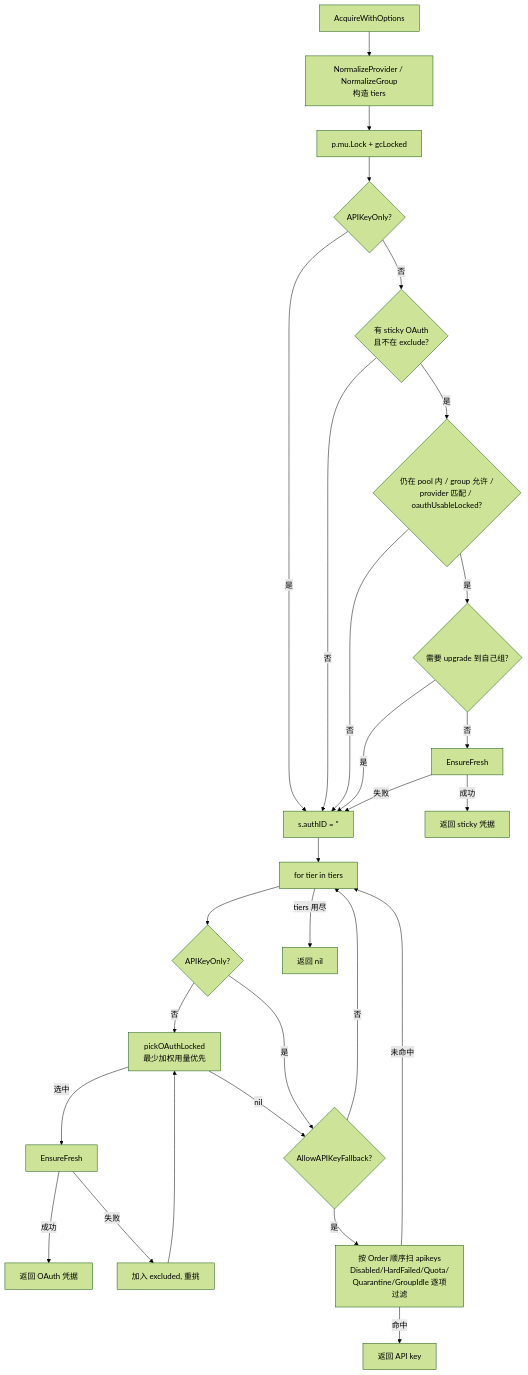
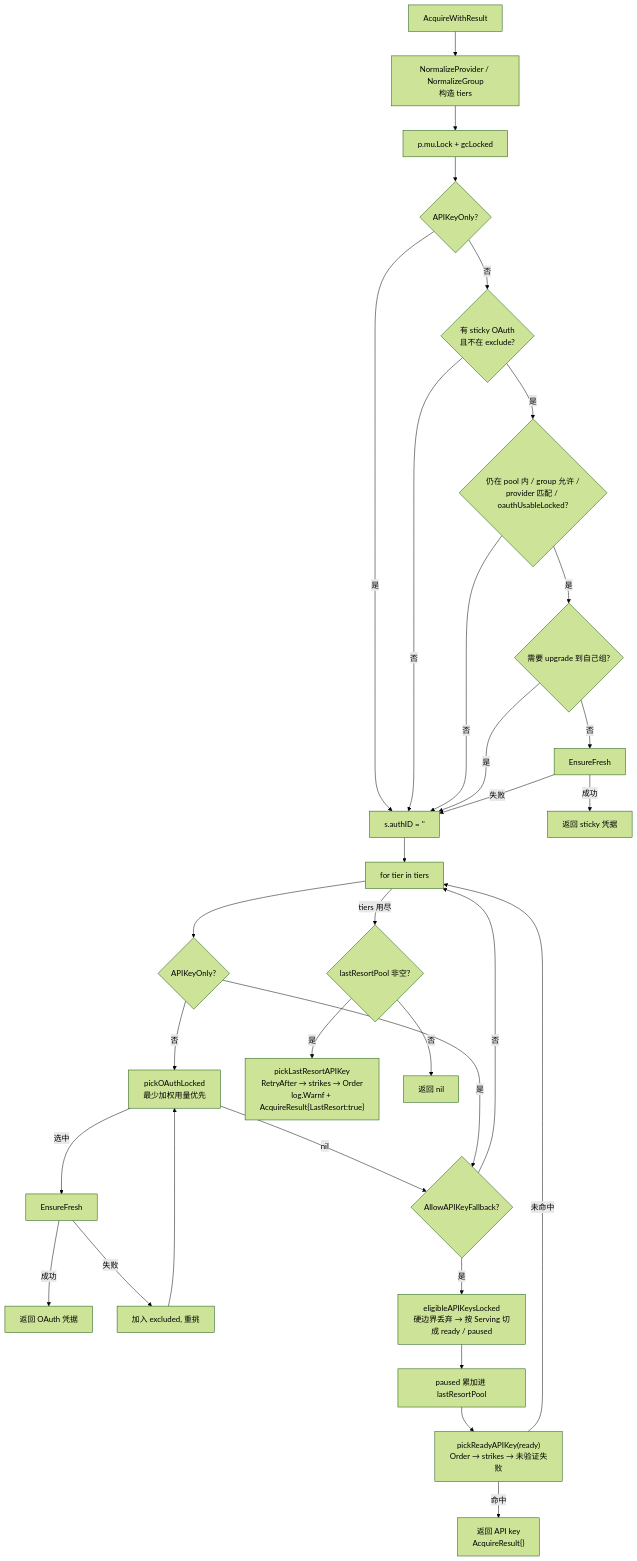
Before and after one commit to wjsoj/cc-core: the first of 2 diagrams in docs/wiki/Auth-Pool.md, drawn with Mermaid (forest theme). The commit also changed other lines of this file and 10 other files, not shown here.

````diff
--- a/docs/wiki/Auth-Pool.md
+++ b/docs/wiki/Auth-Pool.md
@@ -320,30 +411,34 @@
 ```mermaid
 flowchart TD
-  A["AcquireWithOptions"] --> B["NormalizeProvider / NormalizeGroup<br/>构造 tiers"]
+  A["AcquireWithResult"] --> B["NormalizeProvider / NormalizeGroup<br/>构造 tiers"]
   B --> C["p.mu.Lock + gcLocked"]
   C --> D{"APIKeyOnly?"}
   D -- 是 --> S["s.authID = ''"]
   D -- 否 --> E{"有 sticky OAuth<br/>且不在 exclude?"}
   E -- 否 --> S
   E -- 是 --> F{"仍在 pool 内 / group 允许 /<br/>provider 匹配 / oauthUsableLocked?"}
   F -- 否 --> S
   F -- 是 --> G{"需要 upgrade 到自己组?"}
   G -- 是 --> S
   G -- 否 --> H["EnsureFresh"]
   H -- 成功 --> R1["返回 sticky 凭据"]
   H -- 失败 --> S
   S --> T["for tier in tiers"]
   T --> U{"APIKeyOnly?"}
   U -- 否 --> V["pickOAuthLocked<br/>最少加权用量优先"]
   V -- 选中 --> W["EnsureFresh"]
   W -- 成功 --> R2["返回 OAuth 凭据"]
   W -- 失败 --> X["加入 excluded, 重挑"]
   X --> V
   V -- nil --> Y
   U -- 是 --> Y{"AllowAPIKeyFallback?"}
   Y -- 否 --> T
-  Y -- 是 --> Z["按 Order 顺序扫 apikeys<br/>Disabled/HardFailed/Quota/<br/>Quarantine/GroupIdle 逐项过滤"]
-  Z -- 命中 --> R3["返回 API key"]
-  Z -- 未命中 --> T
-  T -- tiers 用尽 --> R4["返回 nil"]
+  Y -- 是 --> Z["eligibleAPIKeysLocked<br/>硬边界丢弃 → 按 Serving 切成 ready / paused"]
+  Z --> Z1["paused 累加进 lastResortPool"]
+  Z1 --> Z2["pickReadyAPIKey(ready)<br/>Order → strikes → 未验证失败"]
+  Z2 -- 命中 --> R3["返回 API key<br/>AcquireResult{}"]
+  Z2 -- 未命中 --> T
+  T -- tiers 用尽 --> LR{"lastResortPool 非空?"}
+  LR -- 是 --> R5["pickLastResortAPIKey<br/>RetryAfter → strikes → Order<br/>log.Warnf + AcquireResult{LastResort:true}"]
+  LR -- 否 --> R4["返回 nil"]
 ```
````
